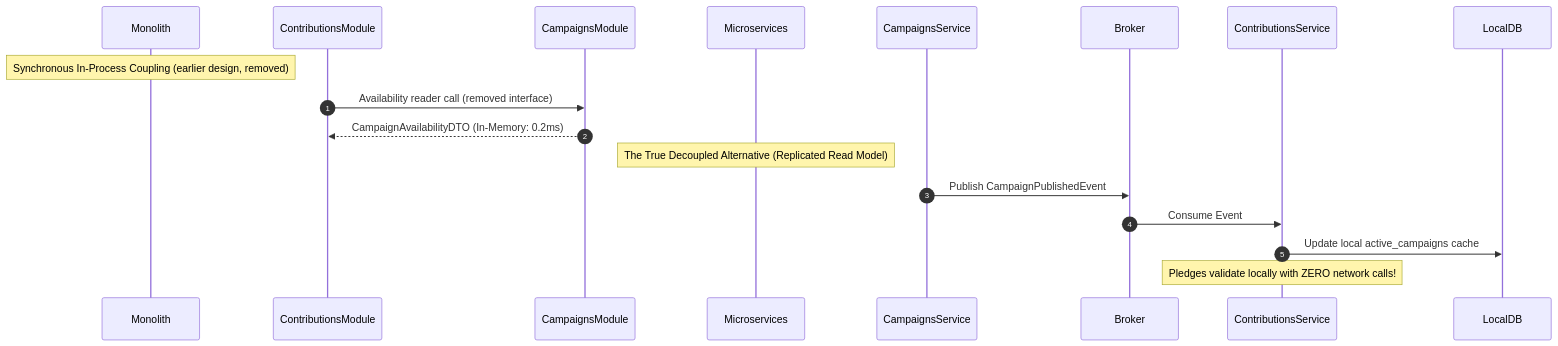
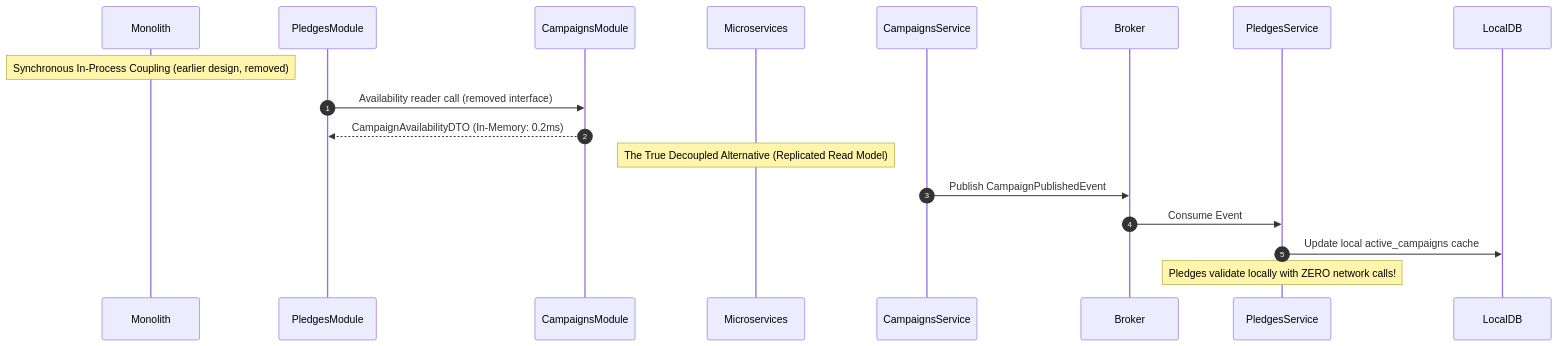
Before and after one commit to maysamgamini/crowdfundinghub: the eighth of 8 diagrams in docs/educational-evaluation.md, drawn with Mermaid. The commit also changed other lines of this file and 571 other files, not shown here.

````diff
--- a/docs/educational-evaluation.md
+++ b/docs/educational-evaluation.md
@@ -537,13 +537,13 @@
 ```mermaid
 sequenceDiagram
     autonumber
     Note over Monolith: Synchronous In-Process Coupling (earlier design, removed)
-    ContributionsModule->>CampaignsModule: Availability reader call (removed interface)
-    CampaignsModule-->>ContributionsModule: CampaignAvailabilityDTO (In-Memory: 0.2ms)
+    PledgesModule->>CampaignsModule: Availability reader call (removed interface)
+    CampaignsModule-->>PledgesModule: CampaignAvailabilityDTO (In-Memory: 0.2ms)
 
     Note over Microservices: The True Decoupled Alternative (Replicated Read Model)
     CampaignsService->>Broker: Publish CampaignPublishedEvent
-    Broker->>ContributionsService: Consume Event
-    ContributionsService->>LocalDB: Update local active_campaigns cache
-    Note over ContributionsService: Pledges validate locally with ZERO network calls!
+    Broker->>PledgesService: Consume Event
+    PledgesService->>LocalDB: Update local active_campaigns cache
+    Note over PledgesService: Pledges validate locally with ZERO network calls!
 ```
````
